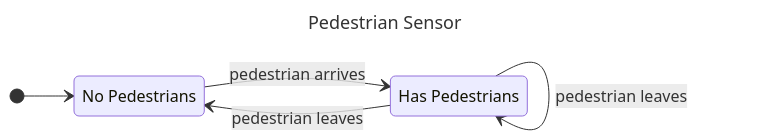
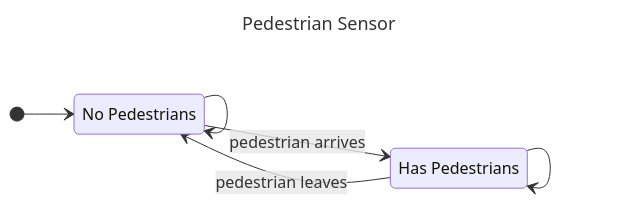
Before and after one commit to VinayakFia/Obsidian: the fourth of 6 diagrams in COMP3153/System Model - Vinayak Fialok.md, drawn with Mermaid. The commit also changed other lines of this file, not shown here.

````diff
--- a/COMP3153/System Model - Vinayak Fialok.md
+++ b/COMP3153/System Model - Vinayak Fialok.md
@@ -81,14 +84,16 @@
 ```mermaid
 ---
 title: Pedestrian Sensor
 ---
 stateDiagram-v2
 	direction LR
 	n: No Pedestrians
 	p: Has Pedestrians
 	[*] --> n
+	n --> n
 	n --> p : pedestrian arrives
 	p --> n : pedestrian leaves
 	p --> p : pedestrian arrives
 	p --> p : pedestrian leaves
+	p --> p
 ```
````
